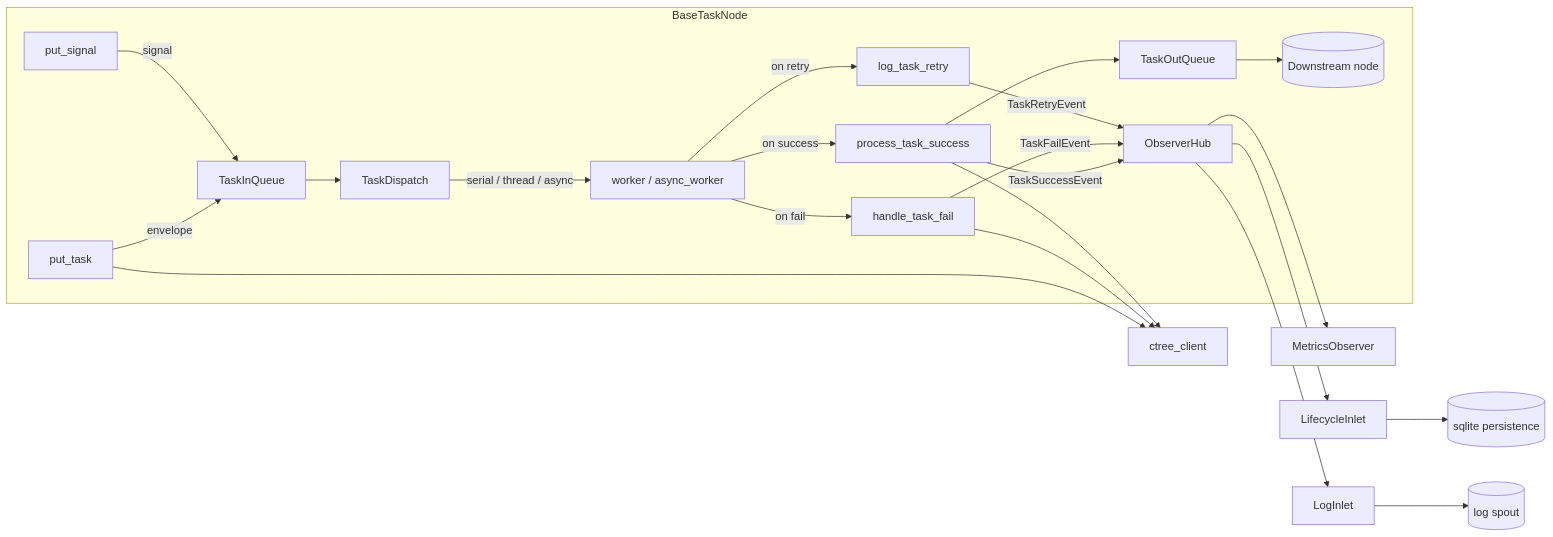
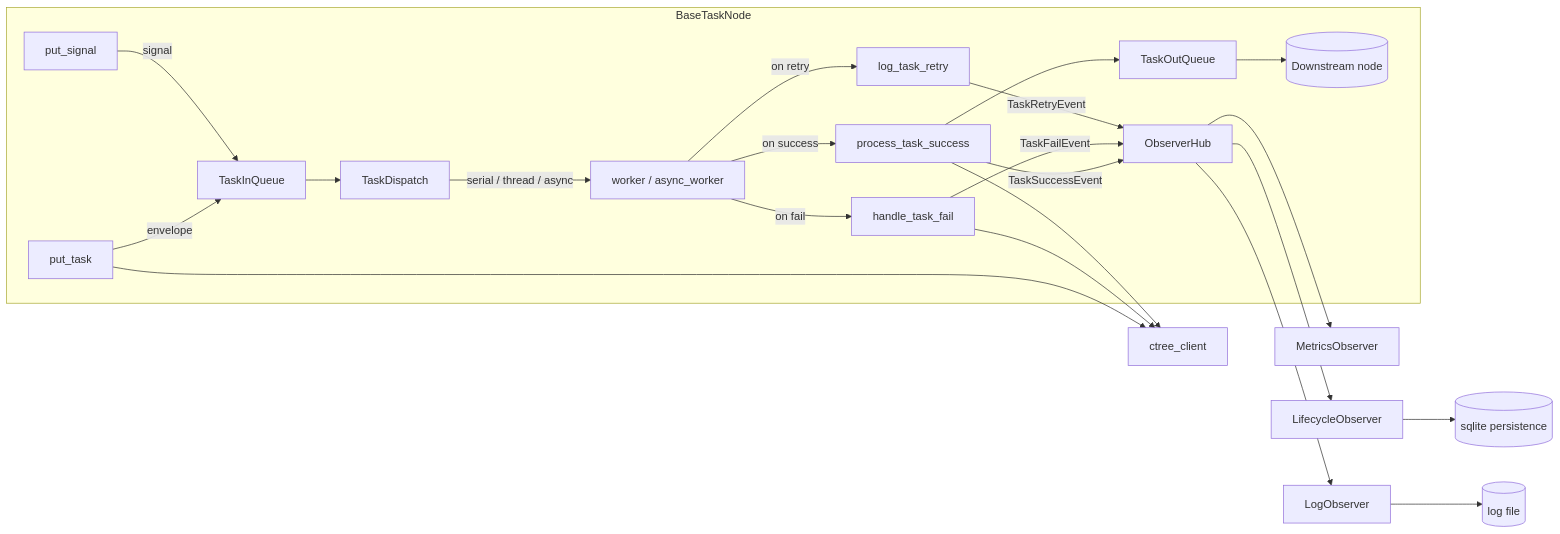
Before and after one commit to Mr-xiaotian/CelestialFlow: the second of 2 diagrams in docs/en/src/node/core_node.md, drawn with Mermaid. The commit also changed other lines of this file and 176 other files, not shown here.

````diff
--- a/docs/en/src/node/core_node.md
+++ b/docs/en/src/node/core_node.md
@@ -227,27 +226,27 @@
 ```mermaid
 flowchart LR
     subgraph "BaseTaskNode"
         PutTask[put_task] -->|envelope| TaskQueue[TaskInQueue]
         PutSignal[put_signal] -->|signal| TaskQueue
         TaskQueue --> Dispatch[TaskDispatch]
         Dispatch -->|serial / thread / async| Worker[worker / async_worker]
         Worker -->|on success| PTS[process_task_success]
         Worker -->|on fail| HTF[handle_task_fail]
         Worker -->|on retry| LTR[log_task_retry]
         PTS --> YieldQueue[TaskOutQueue]
         YieldQueue --> Downstream[(Downstream node)]
         PTS -->|TaskSuccessEvent| Hub[ObserverHub]
         HTF -->|TaskFailEvent| Hub
         LTR -->|TaskRetryEvent| Hub
     end
 
     PutTask --> CT[ctree_client]
     HTF --> CT
     PTS --> CT
 
     Hub --> Metrics[MetricsObserver]
-    Hub --> Lifecycle[LifecycleInlet]
-    Hub --> Log[LogInlet]
+    Hub --> Lifecycle[LifecycleObserver]
+    Hub --> Log[LogObserver]
     Lifecycle --> SQLite[(sqlite persistence)]
-    Log --> LogStore[(log spout)]
+    Log --> LogStore[(log file)]
 ```
````
